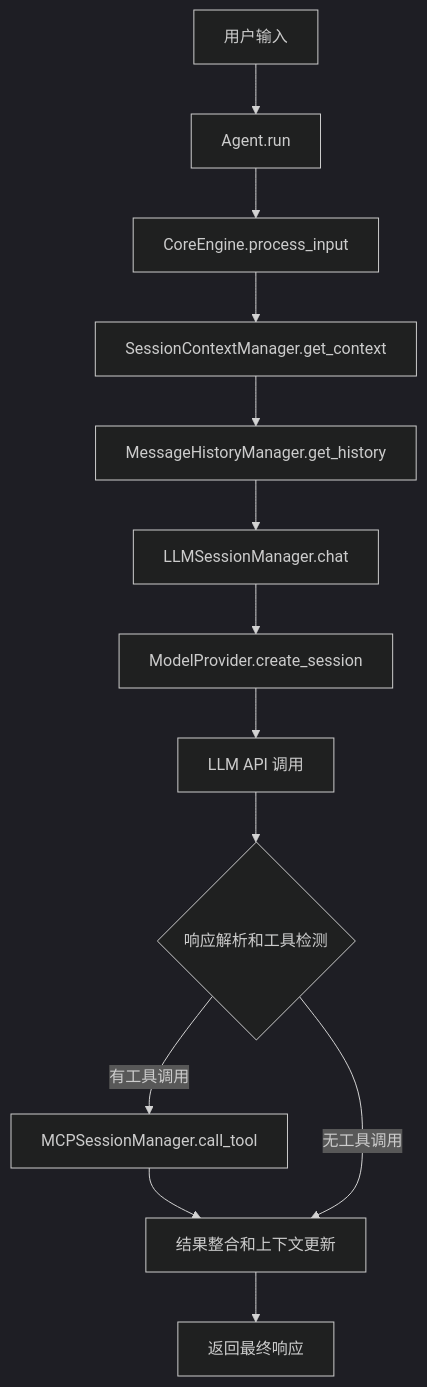
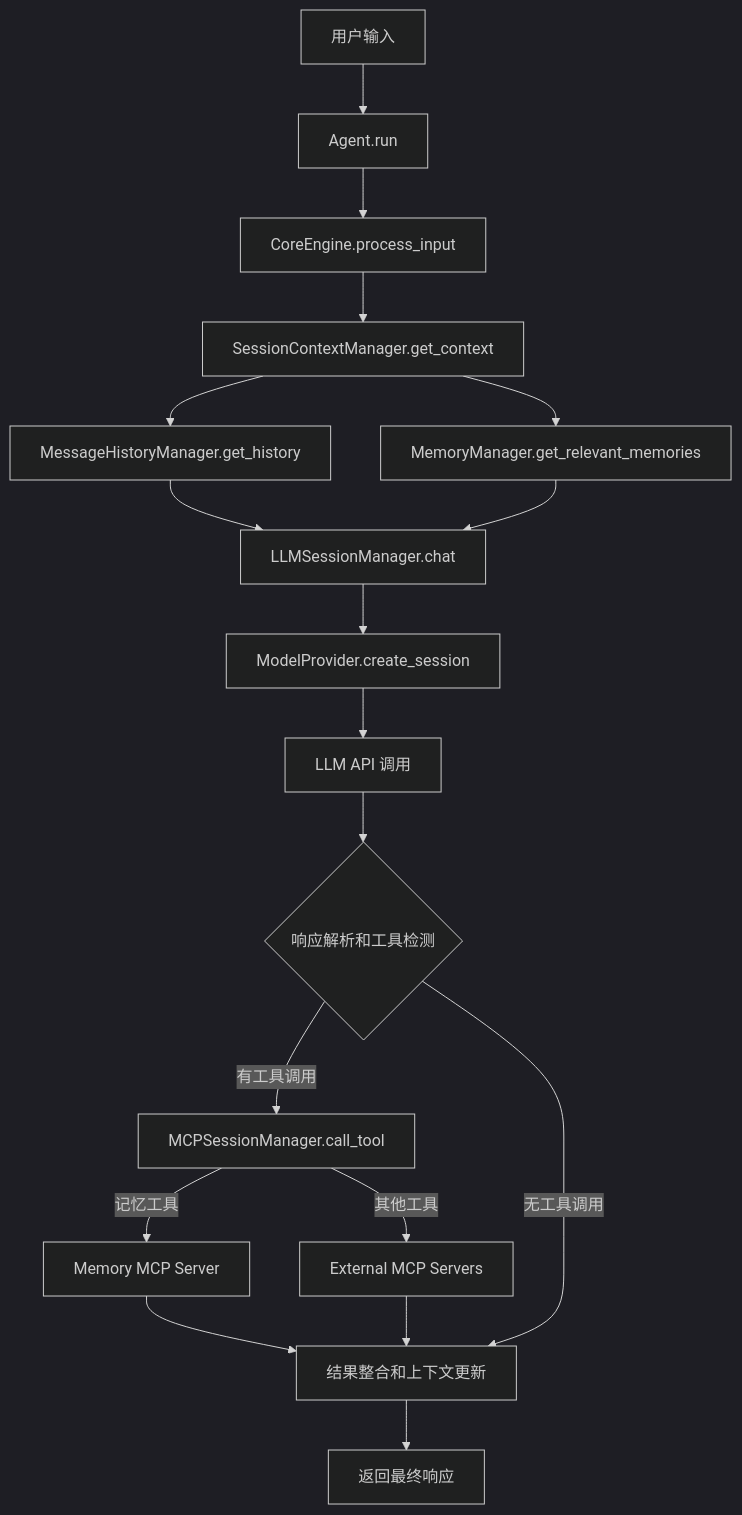
One commit to yarnovo/AgenticZero changed the third of 4 diagrams in src/agent/ARCHITECTURE.md. Above: the diagram before and after it, drawn with Mermaid (dark theme). The commit also changed other lines of this file and 16 other files, not shown here.

````diff
--- a/src/agent/ARCHITECTURE.md
+++ b/src/agent/ARCHITECTURE.md
@@ -172,15 +198,20 @@
 ```mermaid
 flowchart TD
     A[用户输入] --> B[Agent.run]
     B --> C[CoreEngine.process_input]
     C --> D[SessionContextManager.get_context]
     D --> E[MessageHistoryManager.get_history]
+    D --> M[MemoryManager.get_relevant_memories]
     E --> F[LLMSessionManager.chat]
+    M --> F
     F --> G[ModelProvider.create_session]
     G --> H[LLM API 调用]
     H --> I{响应解析和工具检测}
     I -->|有工具调用| J[MCPSessionManager.call_tool]
-    J --> K[结果整合和上下文更新]
+    J -->|记忆工具| N[Memory MCP Server]
+    J -->|其他工具| O[External MCP Servers]
+    N --> K[结果整合和上下文更新]
+    O --> K
     I -->|无工具调用| K
     K --> L[返回最终响应]
 ```
````
